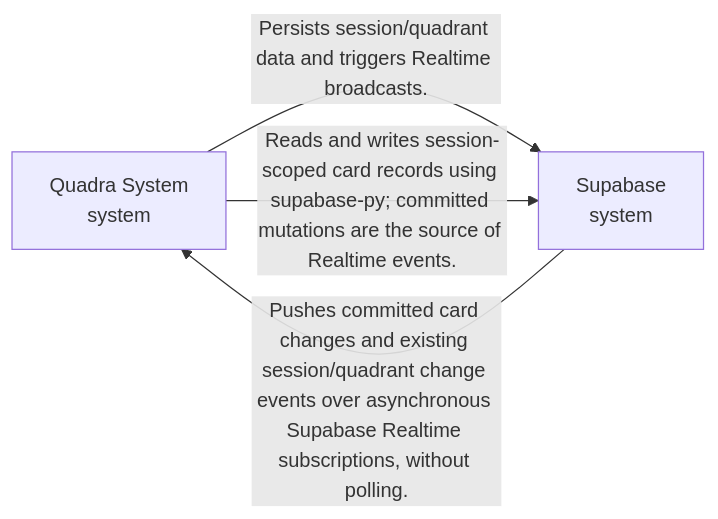
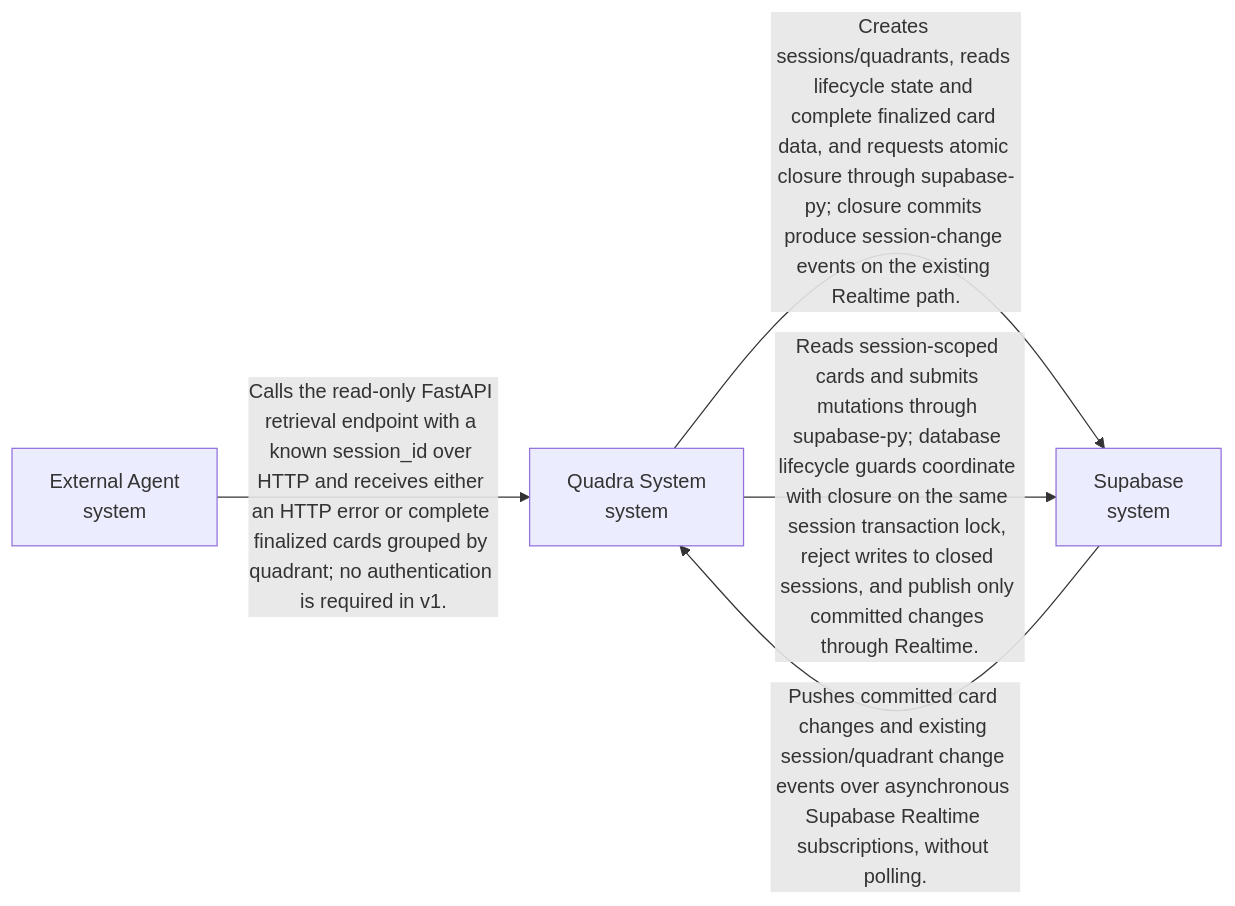
Before and after one commit to marsie-labs/quadra: the first of 3 diagrams in docs/architecture.md, drawn with Mermaid. The commit also changed other lines of this file and 1 other file, not shown here.

Commit message:
docs(architecture): apply SPEC-0003 (workflow bb0a32d71ad74217a73344bd9aebe1cd)

````diff
--- a/docs/architecture.md
+++ b/docs/architecture.md
@@ -44,11 +44,13 @@
 ```mermaid
 flowchart LR
 classDef added fill:#c8f7c5,stroke:#2e7d32
 classDef changed fill:#fff3b0,stroke:#b59f00
 classDef removed fill:#f8c8c8,stroke:#c62828
 quadra_system["Quadra System<br/>system"]
 supabase["Supabase<br/>system"]
-quadra_system -->|"Persists session/quadrant data and triggers Realtime broadcasts."| supabase
-quadra_system -->|"Reads and writes session-scoped card records using supabase-py; committed mutations are the source of Realtime events."| supabase
+external_agent["External Agent<br/>system"]
 supabase -->|"Pushes committed card changes and existing session/quadrant change events over asynchronous Supabase Realtime subscriptions, without polling."| quadra_system
+quadra_system -->|"Creates sessions/quadrants, reads lifecycle state and complete finalized card data, and requests atomic closure through supabase-py; closure commits produce session-change events on the existing Realtime path."| supabase
+quadra_system -->|"Reads session-scoped cards and submits mutations through supabase-py; database lifecycle guards coordinate with closure on the same session transaction lock, reject writes to closed sessions, and publish only committed changes through Realtime."| supabase
+external_agent -->|"Calls the read-only FastAPI retrieval endpoint with a known session_id over HTTP and receives either an HTTP error or complete finalized cards grouped by quadrant; no authentication is required in v1."| quadra_system
 ```
````
